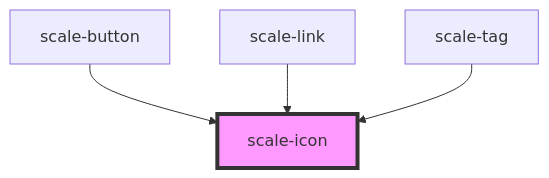
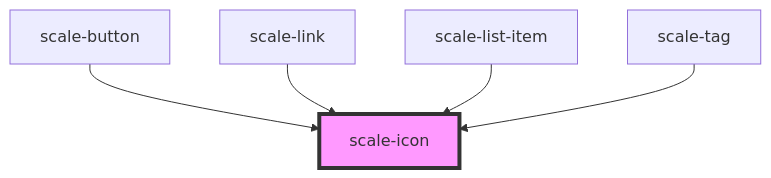
The diagram in packages/components/src/components/icon/readme.md (telekom/scale), drawn with Mermaid before and after one commit. The commit also changed other lines of this file and 22 other files, not shown here.

Commit message:
feat: implement scale list item component and refactor scale list component

````diff
--- a/packages/components/src/components/icon/readme.md
+++ b/packages/components/src/components/icon/readme.md
@@ -32,7 +33,8 @@
 ```mermaid
 graph TD;
   scale-button --> scale-icon
   scale-link --> scale-icon
+  scale-list-item --> scale-icon
   scale-tag --> scale-icon
   style scale-icon fill:#f9f,stroke:#333,stroke-width:4px
 ```
````
